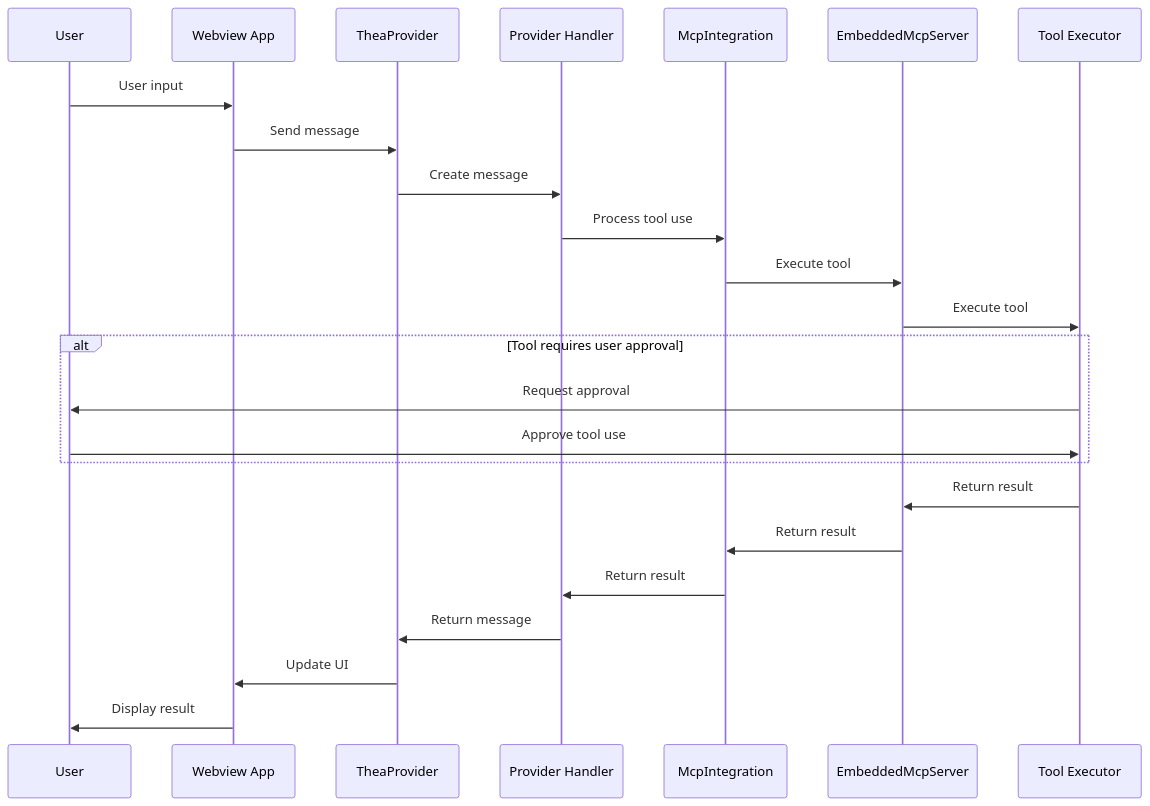
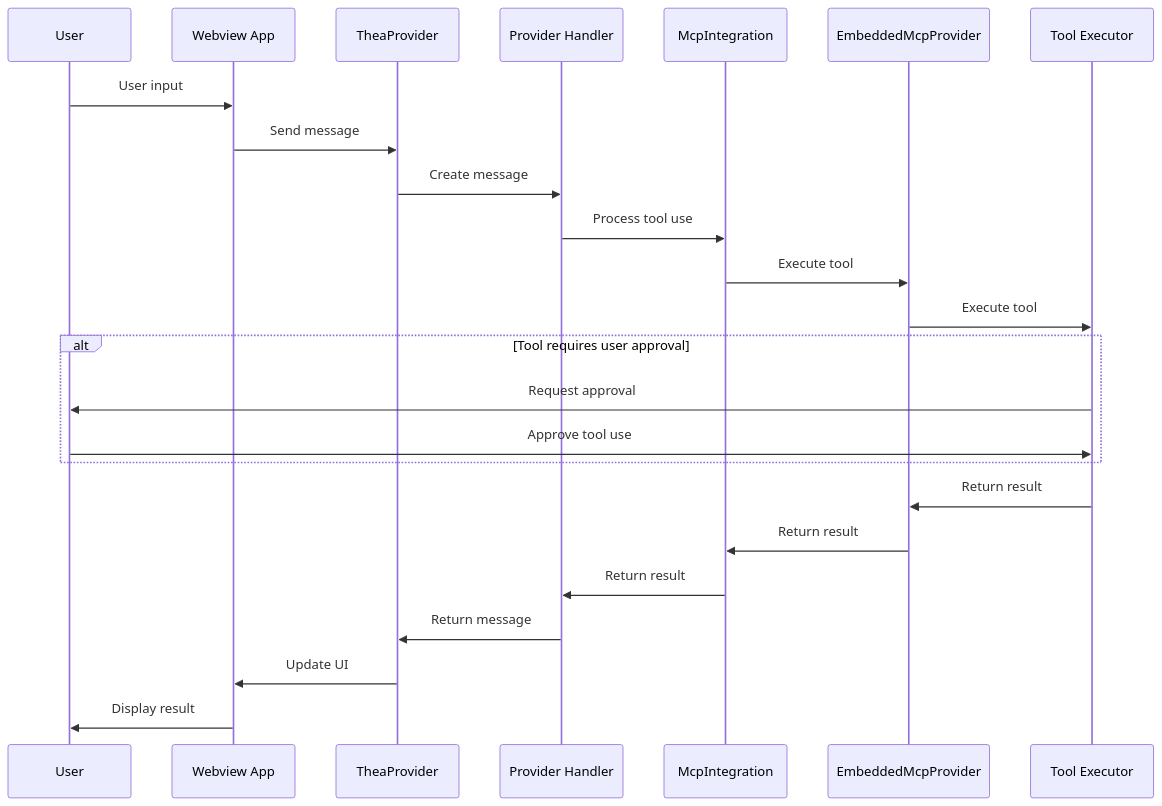
One commit to sydneyrenee/Thea-Code changed the second of 2 diagrams in cline_docs/architectural_notes/tool_use/mcp/mcp_integration_architecture_diagram.md. Above: the diagram before and after it, drawn with Mermaid. The commit also changed other lines of this file and 13 other files, not shown here.

````diff
--- a/cline_docs/architectural_notes/tool_use/mcp/mcp_integration_architecture_diagram.md
+++ b/cline_docs/architectural_notes/tool_use/mcp/mcp_integration_architecture_diagram.md
@@ -129,31 +129,31 @@
 ```mermaid
 sequenceDiagram
     participant User
     participant WA as Webview App
     participant TP as TheaProvider
     participant PH as Provider Handler
     participant MI as McpIntegration
-    participant EMCP as EmbeddedMcpServer
+    participant EMCP as EmbeddedMcpProvider
     participant TE as Tool Executor
     
     User->>WA: User input
     WA->>TP: Send message
     TP->>PH: Create message
     
     PH->>MI: Process tool use
     MI->>EMCP: Execute tool
     EMCP->>TE: Execute tool
     
     alt Tool requires user approval
         TE->>User: Request approval
         User->>TE: Approve tool use
     end
     
     TE->>EMCP: Return result
     EMCP->>MI: Return result
     MI->>PH: Return result
     
     PH->>TP: Return message
     TP->>WA: Update UI
     WA->>User: Display result
 ```
````
